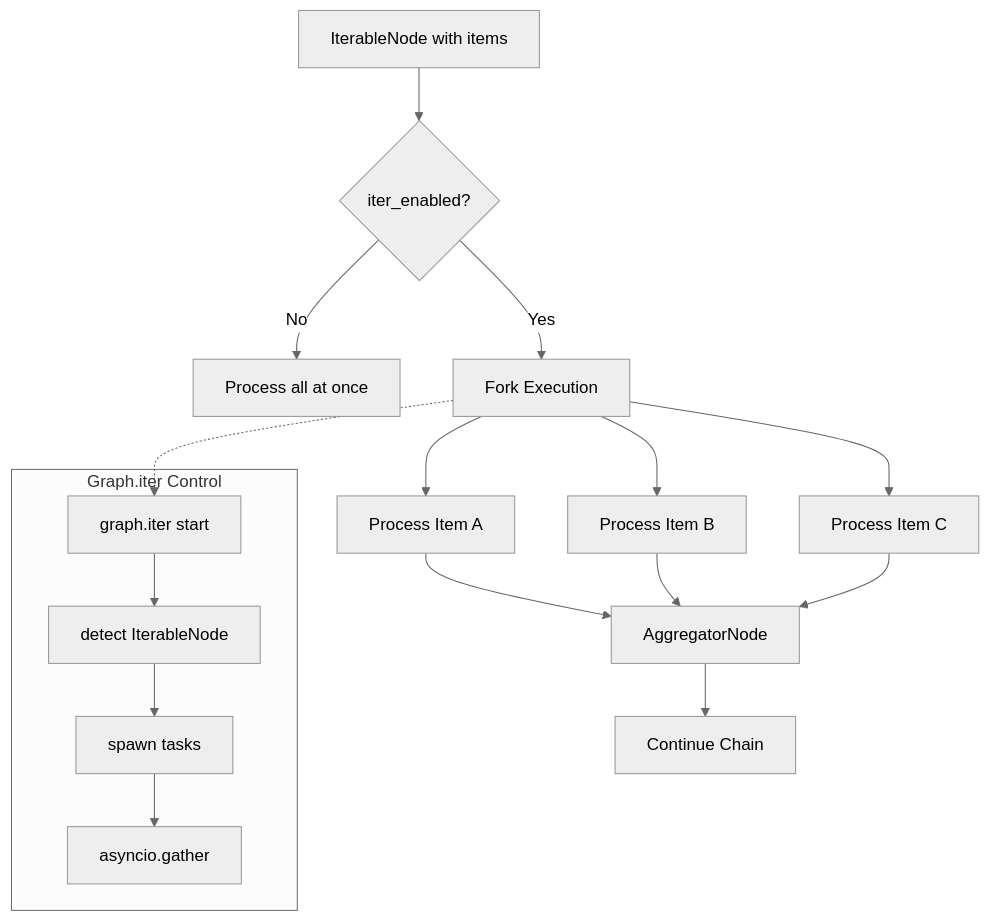
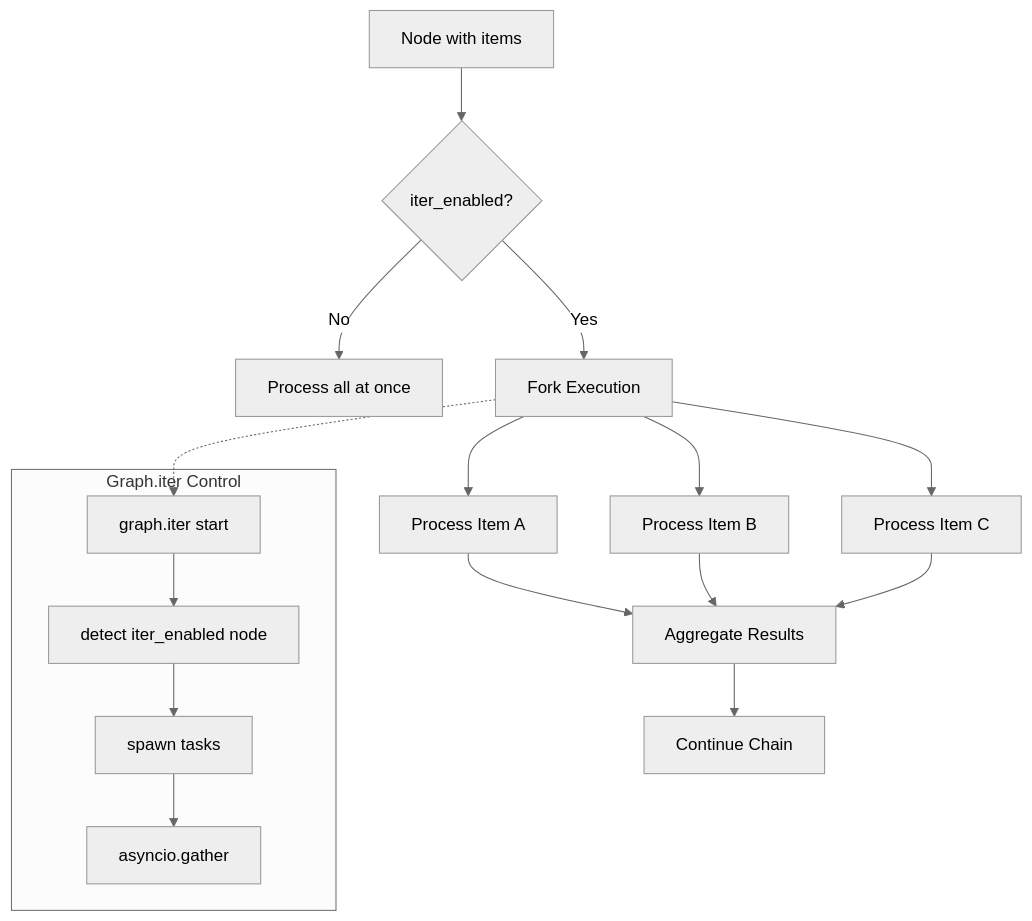
One commit to fblgit/agentool changed the fifth of 13 diagrams in docs/DIAGRAMS.md. Above: the diagram before and after it, drawn with Mermaid (neutral theme). The commit also changed other lines of this file and 1 other file, not shown here.

````diff
--- a/docs/DIAGRAMS.md
+++ b/docs/DIAGRAMS.md
@@ -138,25 +138,25 @@
 ```mermaid
 graph TB
-    SEQ[IterableNode with items] --> CHECK{iter_enabled?}
+    SEQ[Node with items] --> CHECK{iter_enabled?}
     
     CHECK -->|No| SINGLE[Process all at once]
     CHECK -->|Yes| FORK[Fork Execution]
     
     FORK --> P1[Process Item A]
     FORK --> P2[Process Item B] 
     FORK --> P3[Process Item C]
     
-    P1 --> AGG[AggregatorNode]
+    P1 --> AGG[Aggregate Results]
     P2 --> AGG
     P3 --> AGG
     
     AGG --> NEXT[Continue Chain]
     
     subgraph control[Graph.iter Control]
-        ITER[graph.iter start] --> DETECT[detect IterableNode]
+        ITER[graph.iter start] --> DETECT[detect iter_enabled node]
         DETECT --> SPAWN[spawn tasks]
         SPAWN --> GATHER[asyncio.gather]
     end
     
     FORK -.-> ITER
 ```
````
